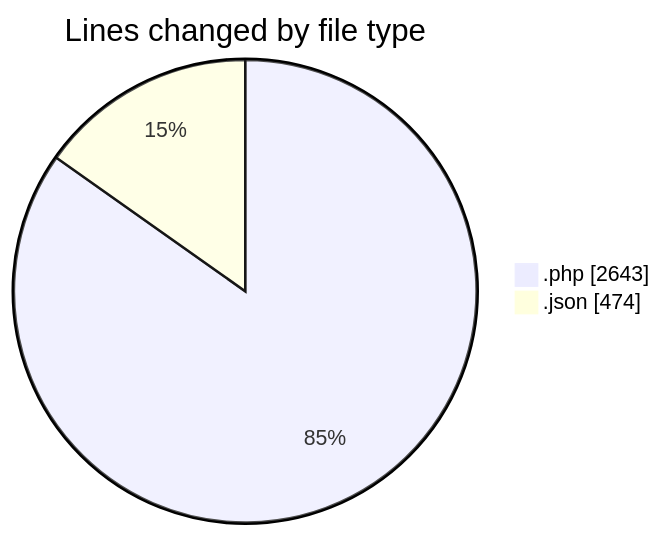
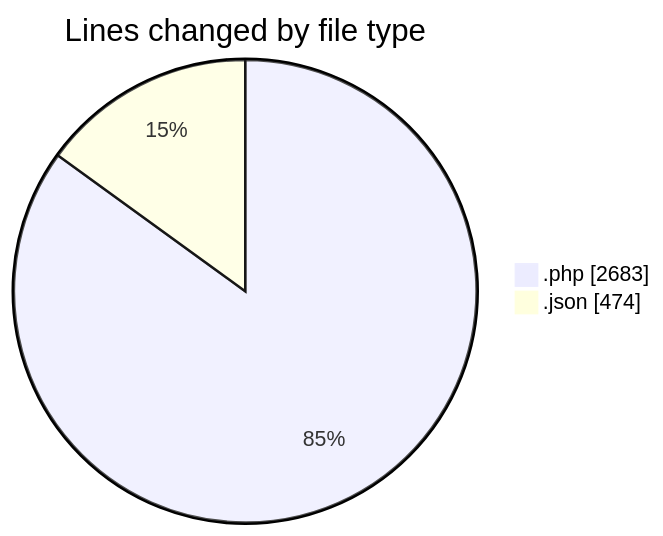
The first of 2 diagrams in 2025-06-22/studio-backend/README.md (idhammustaqopulfikri/code-tracking), drawn with Mermaid before and after one commit. The commit also changed other lines of this file and 1 other file, not shown here.

````diff
--- a/2025-06-22/studio-backend/README.md
+++ b/2025-06-22/studio-backend/README.md
@@ -30,6 +30,6 @@
 ```mermaid
 pie showData
 title Lines changed by file type
-".php" : 2643
+".php" : 2683
 ".json" : 474
 ```
````
